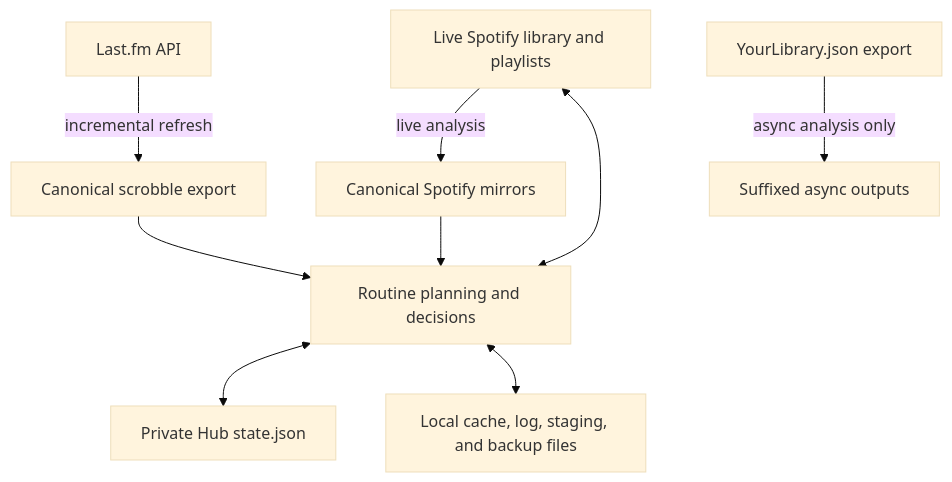
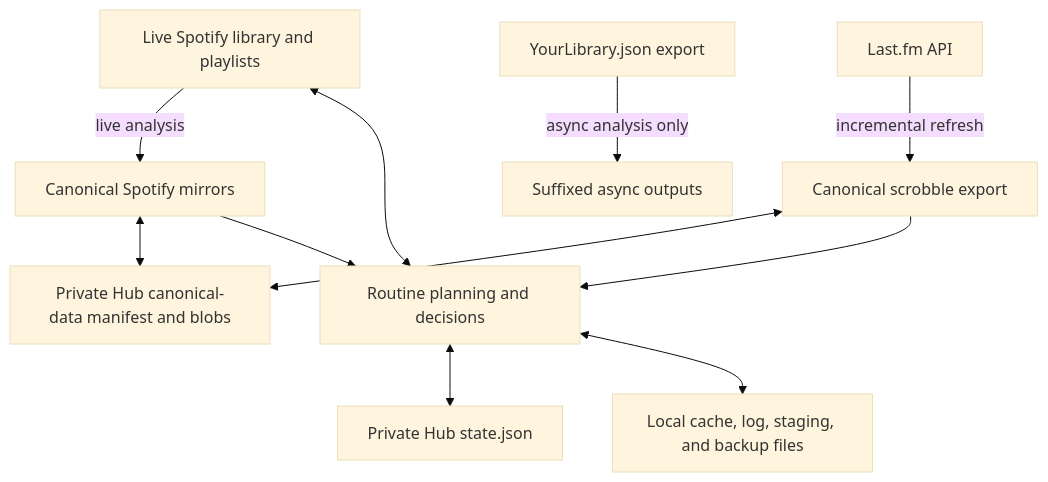
The third of 3 diagrams in docs/ARCHITECTURE.md (cyborg-nomade/spotify-manager), drawn with Mermaid (base theme) before and after one commit. The commit also changed other lines of this file and 39 other files, not shown here.

````diff
--- a/docs/ARCHITECTURE.md
+++ b/docs/ARCHITECTURE.md
@@ -248,20 +253,23 @@
 ```mermaid
 flowchart TD
     SpotifyLive["Live Spotify library and playlists"]
     SpotifyExport["YourLibrary.json export"]
     LastFMApi["Last.fm API"]
     LastFMExport["Canonical scrobble export"]
     Mirrors["Canonical Spotify mirrors"]
     Routines["Routine planning and decisions"]
     SharedState["Private Hub state.json"]
+    SharedData["Private Hub canonical-data manifest and blobs"]
     Runtime["Local cache, log, staging, and backup files"]
 
     SpotifyLive -->|live analysis| Mirrors
     SpotifyExport -->|async analysis only| Offline["Suffixed async outputs"]
     LastFMApi -->|incremental refresh| LastFMExport
+    Mirrors <--> SharedData
+    LastFMExport <--> SharedData
     Mirrors --> Routines
     LastFMExport --> Routines
     SpotifyLive <--> Routines
     Routines <--> SharedState
     Routines <--> Runtime
 ```
````
